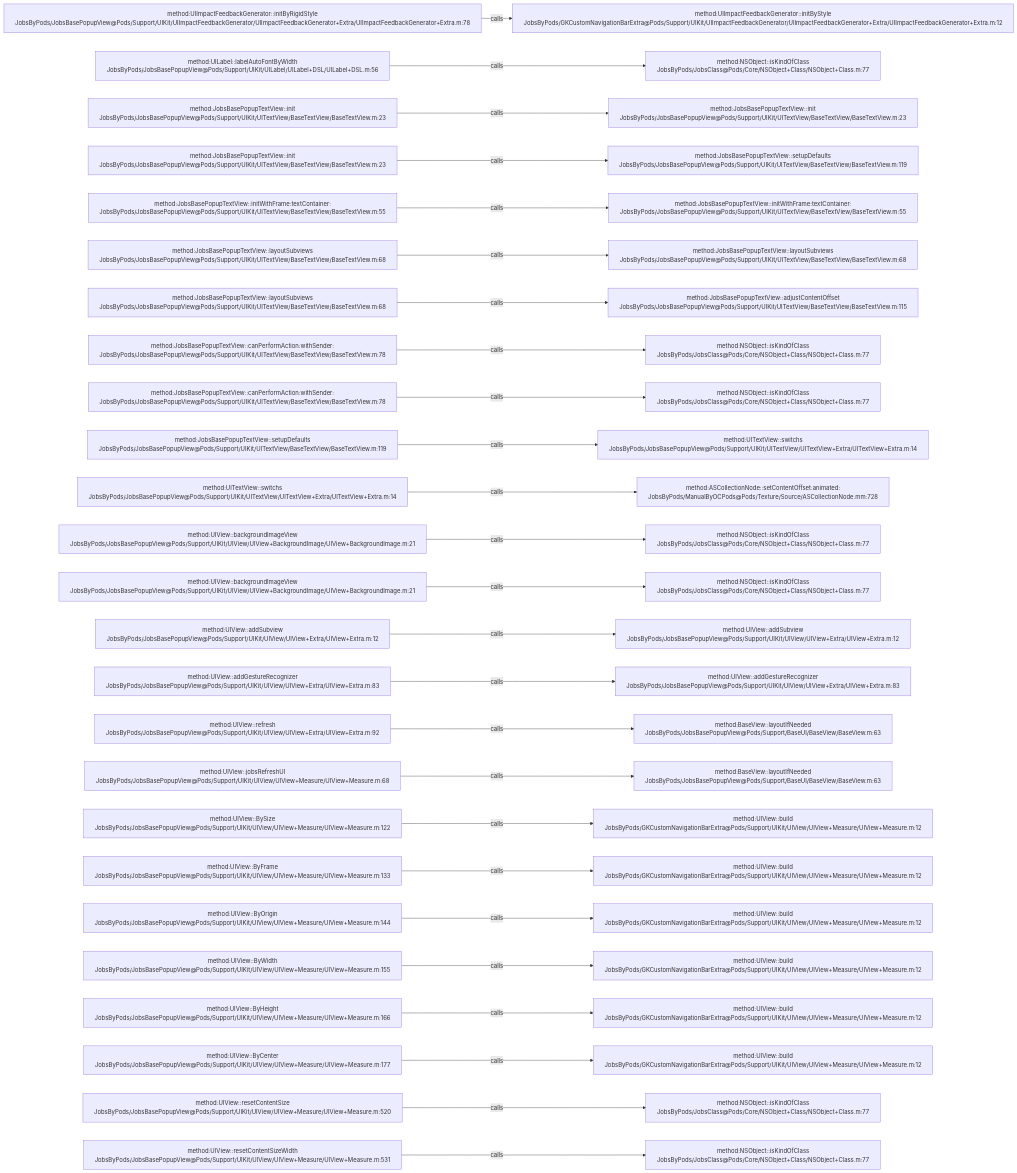
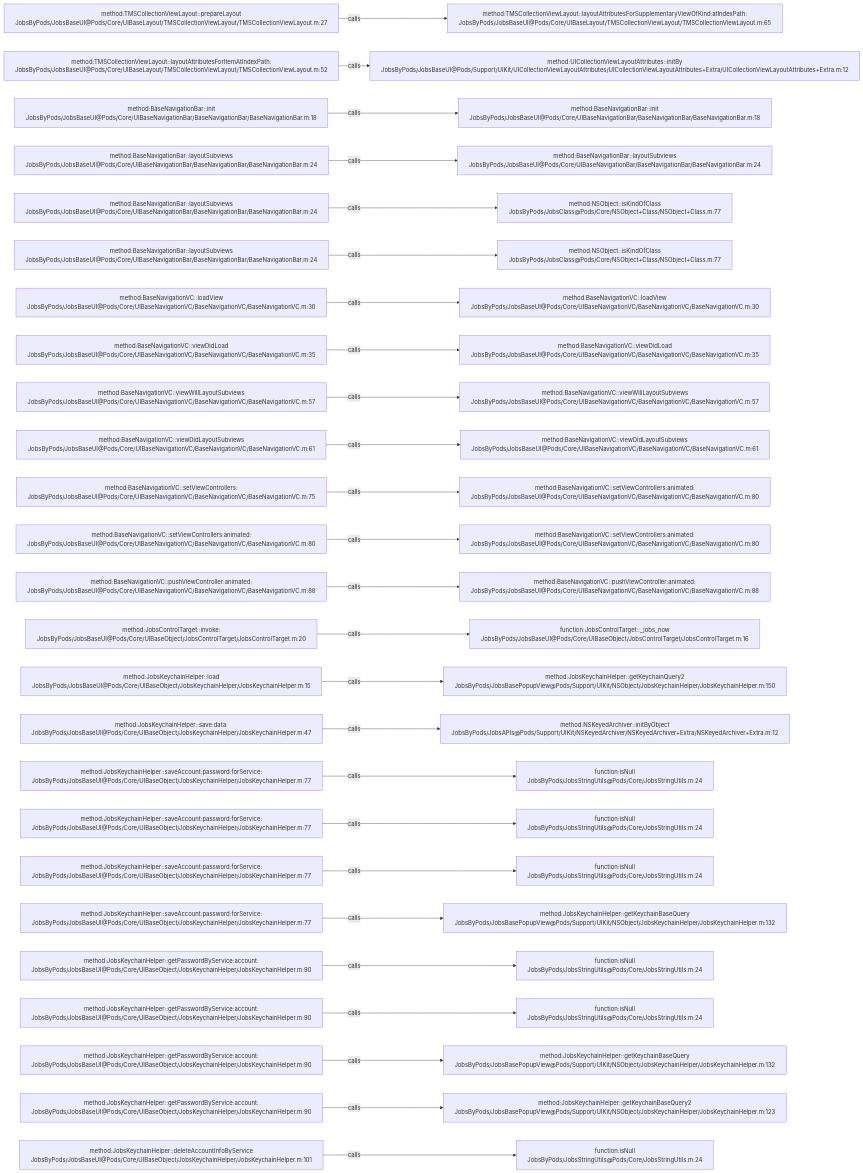
One commit to JobsKits/JobsOCBaseConfigDemo changed the diagram in .codegraph/codegraph.md/graphs/calls-030.md. Above: the diagram before and after it, drawn with Mermaid. The commit also changed 1026 other files, not shown here.

````diff
--- a/.codegraph/codegraph.md/graphs/calls-030.md
+++ b/.codegraph/codegraph.md/graphs/calls-030.md
@@ -13,78 +13,78 @@
 ```mermaid
 flowchart LR
-  S1["method:UIImpactFeedbackGenerator::initByRigidStyle<br/>JobsByPods/JobsBasePopupView@Pods/Support/UIKit/UIImpactFeedbackGenerator/UIImpactFeedbackGenerator+Extra/UIImpactFeedbackGenerator+Extra.m:78"]
-  T1["method:UIImpactFeedbackGenerator::initByStyle<br/>JobsByPods/GKCustomNavigationBarExtra@Pods/Support/UIKit/UIImpactFeedbackGenerator/UIImpactFeedbackGenerator+Extra/UIImpactFeedbackGenerator+Extra.m:12"]
+  S1["method:TMSCollectionViewLayout::prepareLayout<br/>JobsByPods/JobsBaseUI@Pods/Core/UIBaseLayout/TMSCollectionViewLayout/TMSCollectionViewLayout.m:27"]
+  T1["method:TMSCollectionViewLayout::layoutAttributesForSupplementaryViewOfKind:atIndexPath:<br/>JobsByPods/JobsBaseUI@Pods/Core/UIBaseLayout/TMSCollectionViewLayout/TMSCollectionViewLayout.m:65"]
   S1 -->|calls| T1
-  S2["method:UILabel::labelAutoFontByWidth<br/>JobsByPods/JobsBasePopupView@Pods/Support/UIKit/UILabel/UILabel+DSL/UILabel+DSL.m:56"]
-  T2["method:NSObject::isKindOfClass<br/>JobsByPods/JobsClass@Pods/Core/NSObject+Class/NSObject+Class.m:77"]
+  S2["method:TMSCollectionViewLayout::layoutAttributesForItemAtIndexPath:<br/>JobsByPods/JobsBaseUI@Pods/Core/UIBaseLayout/TMSCollectionViewLayout/TMSCollectionViewLayout.m:52"]
+  T2["method:UICollectionViewLayoutAttributes::initBy<br/>JobsByPods/JobsBaseUI@Pods/Support/UIKit/UICollectionViewLayoutAttributes/UICollectionViewLayoutAttributes+Extra/UICollectionViewLayoutAttributes+Extra.m:12"]
   S2 -->|calls| T2
-  S3["method:JobsBasePopupTextView::init<br/>JobsByPods/JobsBasePopupView@Pods/Support/UIKit/UITextView/BaseTextView/BaseTextView.m:23"]
-  T3["method:JobsBasePopupTextView::init<br/>JobsByPods/JobsBasePopupView@Pods/Support/UIKit/UITextView/BaseTextView/BaseTextView.m:23"]
+  S3["method:BaseNavigationBar::init<br/>JobsByPods/JobsBaseUI@Pods/Core/UIBaseNavigationBar/BaseNavigationBar/BaseNavigationBar.m:18"]
+  T3["method:BaseNavigationBar::init<br/>JobsByPods/JobsBaseUI@Pods/Core/UIBaseNavigationBar/BaseNavigationBar/BaseNavigationBar.m:18"]
   S3 -->|calls| T3
-  S4["method:JobsBasePopupTextView::init<br/>JobsByPods/JobsBasePopupView@Pods/Support/UIKit/UITextView/BaseTextView/BaseTextView.m:23"]
-  T4["method:JobsBasePopupTextView::setupDefaults<br/>JobsByPods/JobsBasePopupView@Pods/Support/UIKit/UITextView/BaseTextView/BaseTextView.m:119"]
+  S4["method:BaseNavigationBar::layoutSubviews<br/>JobsByPods/JobsBaseUI@Pods/Core/UIBaseNavigationBar/BaseNavigationBar/BaseNavigationBar.m:24"]
+  T4["method:BaseNavigationBar::layoutSubviews<br/>JobsByPods/JobsBaseUI@Pods/Core/UIBaseNavigationBar/BaseNavigationBar/BaseNavigationBar.m:24"]
   S4 -->|calls| T4
-  S5["method:JobsBasePopupTextView::initWithFrame:textContainer:<br/>JobsByPods/JobsBasePopupView@Pods/Support/UIKit/UITextView/BaseTextView/BaseTextView.m:55"]
-  T5["method:JobsBasePopupTextView::initWithFrame:textContainer:<br/>JobsByPods/JobsBasePopupView@Pods/Support/UIKit/UITextView/BaseTextView/BaseTextView.m:55"]
+  S5["method:BaseNavigationBar::layoutSubviews<br/>JobsByPods/JobsBaseUI@Pods/Core/UIBaseNavigationBar/BaseNavigationBar/BaseNavigationBar.m:24"]
+  T5["method:NSObject::isKindOfClass<br/>JobsByPods/JobsClass@Pods/Core/NSObject+Class/NSObject+Class.m:77"]
   S5 -->|calls| T5
-  S6["method:JobsBasePopupTextView::layoutSubviews<br/>JobsByPods/JobsBasePopupView@Pods/Support/UIKit/UITextView/BaseTextView/BaseTextView.m:68"]
-  T6["method:JobsBasePopupTextView::layoutSubviews<br/>JobsByPods/JobsBasePopupView@Pods/Support/UIKit/UITextView/BaseTextView/BaseTextView.m:68"]
+  S6["method:BaseNavigationBar::layoutSubviews<br/>JobsByPods/JobsBaseUI@Pods/Core/UIBaseNavigationBar/BaseNavigationBar/BaseNavigationBar.m:24"]
+  T6["method:NSObject::isKindOfClass<br/>JobsByPods/JobsClass@Pods/Core/NSObject+Class/NSObject+Class.m:77"]
   S6 -->|calls| T6
-  S7["method:JobsBasePopupTextView::layoutSubviews<br/>JobsByPods/JobsBasePopupView@Pods/Support/UIKit/UITextView/BaseTextView/BaseTextView.m:68"]
-  T7["method:JobsBasePopupTextView::adjustContentOffset<br/>JobsByPods/JobsBasePopupView@Pods/Support/UIKit/UITextView/BaseTextView/BaseTextView.m:115"]
+  S7["method:BaseNavigationVC::loadView<br/>JobsByPods/JobsBaseUI@Pods/Core/UIBaseNavigationVC/BaseNavigationVC/BaseNavigationVC.m:30"]
+  T7["method:BaseNavigationVC::loadView<br/>JobsByPods/JobsBaseUI@Pods/Core/UIBaseNavigationVC/BaseNavigationVC/BaseNavigationVC.m:30"]
   S7 -->|calls| T7
-  S8["method:JobsBasePopupTextView::canPerformAction:withSender:<br/>JobsByPods/JobsBasePopupView@Pods/Support/UIKit/UITextView/BaseTextView/BaseTextView.m:78"]
-  T8["method:NSObject::isKindOfClass<br/>JobsByPods/JobsClass@Pods/Core/NSObject+Class/NSObject+Class.m:77"]
+  S8["method:BaseNavigationVC::viewDidLoad<br/>JobsByPods/JobsBaseUI@Pods/Core/UIBaseNavigationVC/BaseNavigationVC/BaseNavigationVC.m:35"]
+  T8["method:BaseNavigationVC::viewDidLoad<br/>JobsByPods/JobsBaseUI@Pods/Core/UIBaseNavigationVC/BaseNavigationVC/BaseNavigationVC.m:35"]
   S8 -->|calls| T8
-  S9["method:JobsBasePopupTextView::canPerformAction:withSender:<br/>JobsByPods/JobsBasePopupView@Pods/Support/UIKit/UITextView/BaseTextView/BaseTextView.m:78"]
-  T9["method:NSObject::isKindOfClass<br/>JobsByPods/JobsClass@Pods/Core/NSObject+Class/NSObject+Class.m:77"]
+  S9["method:BaseNavigationVC::viewWillLayoutSubviews<br/>JobsByPods/JobsBaseUI@Pods/Core/UIBaseNavigationVC/BaseNavigationVC/BaseNavigationVC.m:57"]
+  T9["method:BaseNavigationVC::viewWillLayoutSubviews<br/>JobsByPods/JobsBaseUI@Pods/Core/UIBaseNavigationVC/BaseNavigationVC/BaseNavigationVC.m:57"]
   S9 -->|calls| T9
-  S10["method:JobsBasePopupTextView::setupDefaults<br/>JobsByPods/JobsBasePopupView@Pods/Support/UIKit/UITextView/BaseTextView/BaseTextView.m:119"]
-  T10["method:UITextView::switchs<br/>JobsByPods/JobsBasePopupView@Pods/Support/UIKit/UITextView/UITextView+Extra/UITextView+Extra.m:14"]
+  S10["method:BaseNavigationVC::viewDidLayoutSubviews<br/>JobsByPods/JobsBaseUI@Pods/Core/UIBaseNavigationVC/BaseNavigationVC/BaseNavigationVC.m:61"]
+  T10["method:BaseNavigationVC::viewDidLayoutSubviews<br/>JobsByPods/JobsBaseUI@Pods/Core/UIBaseNavigationVC/BaseNavigationVC/BaseNavigationVC.m:61"]
   S10 -->|calls| T10
-  S11["method:UITextView::switchs<br/>JobsByPods/JobsBasePopupView@Pods/Support/UIKit/UITextView/UITextView+Extra/UITextView+Extra.m:14"]
-  T11["method:ASCollectionNode::setContentOffset:animated:<br/>JobsByPods/ManualByOCPods@Pods/Texture/Source/ASCollectionNode.mm:728"]
+  S11["method:BaseNavigationVC::setViewControllers:<br/>JobsByPods/JobsBaseUI@Pods/Core/UIBaseNavigationVC/BaseNavigationVC/BaseNavigationVC.m:75"]
+  T11["method:BaseNavigationVC::setViewControllers:animated:<br/>JobsByPods/JobsBaseUI@Pods/Core/UIBaseNavigationVC/BaseNavigationVC/BaseNavigationVC.m:80"]
   S11 -->|calls| T11
-  S12["method:UIView::backgroundImageView<br/>JobsByPods/JobsBasePopupView@Pods/Support/UIKit/UIView/UIView+BackgroundImage/UIView+BackgroundImage.m:21"]
-  T12["method:NSObject::isKindOfClass<br/>JobsByPods/JobsClass@Pods/Core/NSObject+Class/NSObject+Class.m:77"]
+  S12["method:BaseNavigationVC::setViewControllers:animated:<br/>JobsByPods/JobsBaseUI@Pods/Core/UIBaseNavigationVC/BaseNavigationVC/BaseNavigationVC.m:80"]
+  T12["method:BaseNavigationVC::setViewControllers:animated:<br/>JobsByPods/JobsBaseUI@Pods/Core/UIBaseNavigationVC/BaseNavigationVC/BaseNavigationVC.m:80"]
   S12 -->|calls| T12
-  S13["method:UIView::backgroundImageView<br/>JobsByPods/JobsBasePopupView@Pods/Support/UIKit/UIView/UIView+BackgroundImage/UIView+BackgroundImage.m:21"]
-  T13["method:NSObject::isKindOfClass<br/>JobsByPods/JobsClass@Pods/Core/NSObject+Class/NSObject+Class.m:77"]
+  S13["method:BaseNavigationVC::pushViewController:animated:<br/>JobsByPods/JobsBaseUI@Pods/Core/UIBaseNavigationVC/BaseNavigationVC/BaseNavigationVC.m:88"]
+  T13["method:BaseNavigationVC::pushViewController:animated:<br/>JobsByPods/JobsBaseUI@Pods/Core/UIBaseNavigationVC/BaseNavigationVC/BaseNavigationVC.m:88"]
   S13 -->|calls| T13
-  S14["method:UIView::addSubview<br/>JobsByPods/JobsBasePopupView@Pods/Support/UIKit/UIView/UIView+Extra/UIView+Extra.m:12"]
-  T14["method:UIView::addSubview<br/>JobsByPods/JobsBasePopupView@Pods/Support/UIKit/UIView/UIView+Extra/UIView+Extra.m:12"]
+  S14["method:JobsControlTarget::invoke:<br/>JobsByPods/JobsBaseUI@Pods/Core/UIBaseObject/JobsControlTarget/JobsControlTarget.m:20"]
+  T14["function:JobsControlTarget::_jobs_now<br/>JobsByPods/JobsBaseUI@Pods/Core/UIBaseObject/JobsControlTarget/JobsControlTarget.m:16"]
   S14 -->|calls| T14
-  S15["method:UIView::addGestureRecognizer<br/>JobsByPods/JobsBasePopupView@Pods/Support/UIKit/UIView/UIView+Extra/UIView+Extra.m:83"]
-  T15["method:UIView::addGestureRecognizer<br/>JobsByPods/JobsBasePopupView@Pods/Support/UIKit/UIView/UIView+Extra/UIView+Extra.m:83"]
+  S15["method:JobsKeychainHelper::load<br/>JobsByPods/JobsBaseUI@Pods/Core/UIBaseObject/JobsKeychainHelper/JobsKeychainHelper.m:15"]
+  T15["method:JobsKeychainHelper::getKeychainQuery2<br/>JobsByPods/JobsBasePopupView@Pods/Support/UIKit/NSObject/JobsKeychainHelper/JobsKeychainHelper.m:150"]
   S15 -->|calls| T15
-  S16["method:UIView::refresh<br/>JobsByPods/JobsBasePopupView@Pods/Support/UIKit/UIView/UIView+Extra/UIView+Extra.m:92"]
-  T16["method:BaseView::layoutIfNeeded<br/>JobsByPods/JobsBasePopupView@Pods/Support/BaseUI/BaseView/BaseView.m:63"]
+  S16["method:JobsKeychainHelper::save:data:<br/>JobsByPods/JobsBaseUI@Pods/Core/UIBaseObject/JobsKeychainHelper/JobsKeychainHelper.m:47"]
+  T16["method:NSKeyedArchiver::initByObject<br/>JobsByPods/JobsAPIs@Pods/Support/UIKit/NSKeyedArchiver/NSKeyedArchiver+Extra/NSKeyedArchiver+Extra.m:12"]
   S16 -->|calls| T16
-  S17["method:UIView::jobsRefreshUI<br/>JobsByPods/JobsBasePopupView@Pods/Support/UIKit/UIView/UIView+Measure/UIView+Measure.m:68"]
-  T17["method:BaseView::layoutIfNeeded<br/>JobsByPods/JobsBasePopupView@Pods/Support/BaseUI/BaseView/BaseView.m:63"]
+  S17["method:JobsKeychainHelper::saveAccount:password:forService:<br/>JobsByPods/JobsBaseUI@Pods/Core/UIBaseObject/JobsKeychainHelper/JobsKeychainHelper.m:77"]
+  T17["function:isNull<br/>JobsByPods/JobsStringUtils@Pods/Core/JobsStringUtils.m:24"]
   S17 -->|calls| T17
-  S18["method:UIView::BySize<br/>JobsByPods/JobsBasePopupView@Pods/Support/UIKit/UIView/UIView+Measure/UIView+Measure.m:122"]
-  T18["method:UIView::build<br/>JobsByPods/GKCustomNavigationBarExtra@Pods/Support/UIKit/UIView/UIView+Measure/UIView+Measure.m:12"]
+  S18["method:JobsKeychainHelper::saveAccount:password:forService:<br/>JobsByPods/JobsBaseUI@Pods/Core/UIBaseObject/JobsKeychainHelper/JobsKeychainHelper.m:77"]
+  T18["function:isNull<br/>JobsByPods/JobsStringUtils@Pods/Core/JobsStringUtils.m:24"]
   S18 -->|calls| T18
-  S19["method:UIView::ByFrame<br/>JobsByPods/JobsBasePopupView@Pods/Support/UIKit/UIView/UIView+Measure/UIView+Measure.m:133"]
-  T19["method:UIView::build<br/>JobsByPods/GKCustomNavigationBarExtra@Pods/Support/UIKit/UIView/UIView+Measure/UIView+Measure.m:12"]
+  S19["method:JobsKeychainHelper::saveAccount:password:forService:<br/>JobsByPods/JobsBaseUI@Pods/Core/UIBaseObject/JobsKeychainHelper/JobsKeychainHelper.m:77"]
+  T19["function:isNull<br/>JobsByPods/JobsStringUtils@Pods/Core/JobsStringUtils.m:24"]
   S19 -->|calls| T19
-  S20["method:UIView::ByOrigin<br/>JobsByPods/JobsBasePopupView@Pods/Support/UIKit/UIView/UIView+Measure/UIView+Measure.m:144"]
-  T20["method:UIView::build<br/>JobsByPods/GKCustomNavigationBarExtra@Pods/Support/UIKit/UIView/UIView+Measure/UIView+Measure.m:12"]
+  S20["method:JobsKeychainHelper::saveAccount:password:forService:<br/>JobsByPods/JobsBaseUI@Pods/Core/UIBaseObject/JobsKeychainHelper/JobsKeychainHelper.m:77"]
+  T20["method:JobsKeychainHelper::getKeychainBaseQuery<br/>JobsByPods/JobsBasePopupView@Pods/Support/UIKit/NSObject/JobsKeychainHelper/JobsKeychainHelper.m:132"]
   S20 -->|calls| T20
-  S21["method:UIView::ByWidth<br/>JobsByPods/JobsBasePopupView@Pods/Support/UIKit/UIView/UIView+Measure/UIView+Measure.m:155"]
-  T21["method:UIView::build<br/>JobsByPods/GKCustomNavigationBarExtra@Pods/Support/UIKit/UIView/UIView+Measure/UIView+Measure.m:12"]
+  S21["method:JobsKeychainHelper::getPasswordByService:account:<br/>JobsByPods/JobsBaseUI@Pods/Core/UIBaseObject/JobsKeychainHelper/JobsKeychainHelper.m:90"]
+  T21["function:isNull<br/>JobsByPods/JobsStringUtils@Pods/Core/JobsStringUtils.m:24"]
   S21 -->|calls| T21
-  S22["method:UIView::ByHeight<br/>JobsByPods/JobsBasePopupView@Pods/Support/UIKit/UIView/UIView+Measure/UIView+Measure.m:166"]
-  T22["method:UIView::build<br/>JobsByPods/GKCustomNavigationBarExtra@Pods/Support/UIKit/UIView/UIView+Measure/UIView+Measure.m:12"]
+  S22["method:JobsKeychainHelper::getPasswordByService:account:<br/>JobsByPods/JobsBaseUI@Pods/Core/UIBaseObject/JobsKeychainHelper/JobsKeychainHelper.m:90"]
+  T22["function:isNull<br/>JobsByPods/JobsStringUtils@Pods/Core/JobsStringUtils.m:24"]
   S22 -->|calls| T22
-  S23["method:UIView::ByCenter<br/>JobsByPods/JobsBasePopupView@Pods/Support/UIKit/UIView/UIView+Measure/UIView+Measure.m:177"]
-  T23["method:UIView::build<br/>JobsByPods/GKCustomNavigationBarExtra@Pods/Support/UIKit/UIView/UIView+Measure/UIView+Measure.m:12"]
+  S23["method:JobsKeychainHelper::getPasswordByService:account:<br/>JobsByPods/JobsBaseUI@Pods/Core/UIBaseObject/JobsKeychainHelper/JobsKeychainHelper.m:90"]
+  T23["method:JobsKeychainHelper::getKeychainBaseQuery<br/>JobsByPods/JobsBasePopupView@Pods/Support/UIKit/NSObject/JobsKeychainHelper/JobsKeychainHelper.m:132"]
   S23 -->|calls| T23
-  S24["method:UIView::resetContentSize<br/>JobsByPods/JobsBasePopupView@Pods/Support/UIKit/UIView/UIView+Measure/UIView+Measure.m:520"]
-  T24["method:NSObject::isKindOfClass<br/>JobsByPods/JobsClass@Pods/Core/NSObject+Class/NSObject+Class.m:77"]
+  S24["method:JobsKeychainHelper::getPasswordByService:account:<br/>JobsByPods/JobsBaseUI@Pods/Core/UIBaseObject/JobsKeychainHelper/JobsKeychainHelper.m:90"]
+  T24["method:JobsKeychainHelper::getKeychainBaseQuery2<br/>JobsByPods/JobsBasePopupView@Pods/Support/UIKit/NSObject/JobsKeychainHelper/JobsKeychainHelper.m:123"]
   S24 -->|calls| T24
-  S25["method:UIView::resetContentSizeWidth<br/>JobsByPods/JobsBasePopupView@Pods/Support/UIKit/UIView/UIView+Measure/UIView+Measure.m:531"]
-  T25["method:NSObject::isKindOfClass<br/>JobsByPods/JobsClass@Pods/Core/NSObject+Class/NSObject+Class.m:77"]
+  S25["method:JobsKeychainHelper::deleteAccountInfoByService<br/>JobsByPods/JobsBaseUI@Pods/Core/UIBaseObject/JobsKeychainHelper/JobsKeychainHelper.m:101"]
+  T25["function:isNull<br/>JobsByPods/JobsStringUtils@Pods/Core/JobsStringUtils.m:24"]
   S25 -->|calls| T25
 ```
````
